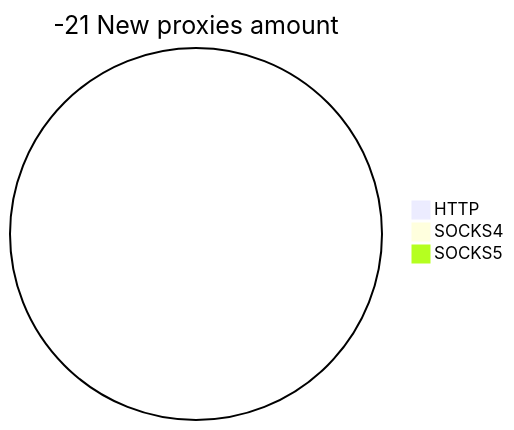
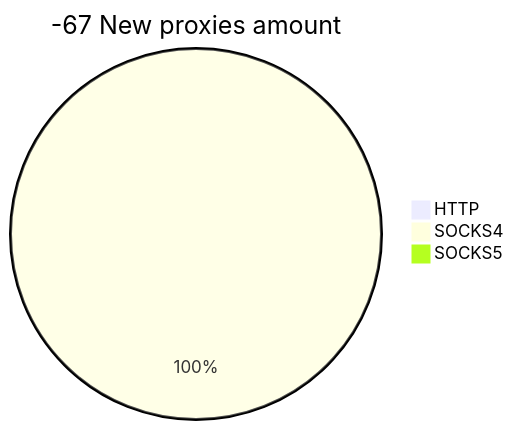
One commit to cutipu/proxylist changed the second of 2 diagrams in README.md. Above: the diagram before and after it, drawn with Mermaid. The commit also changed other lines of this file, not shown here.

````diff
--- a/README.md
+++ b/README.md
@@ -10,6 +10,6 @@
 ```mermaid
-pie title -21 New proxies amount
+pie title -67 New proxies amount
     "HTTP" : 0
-    "SOCKS4" : 0
+    "SOCKS4" : 19
     "SOCKS5" : 0
 ```
````
